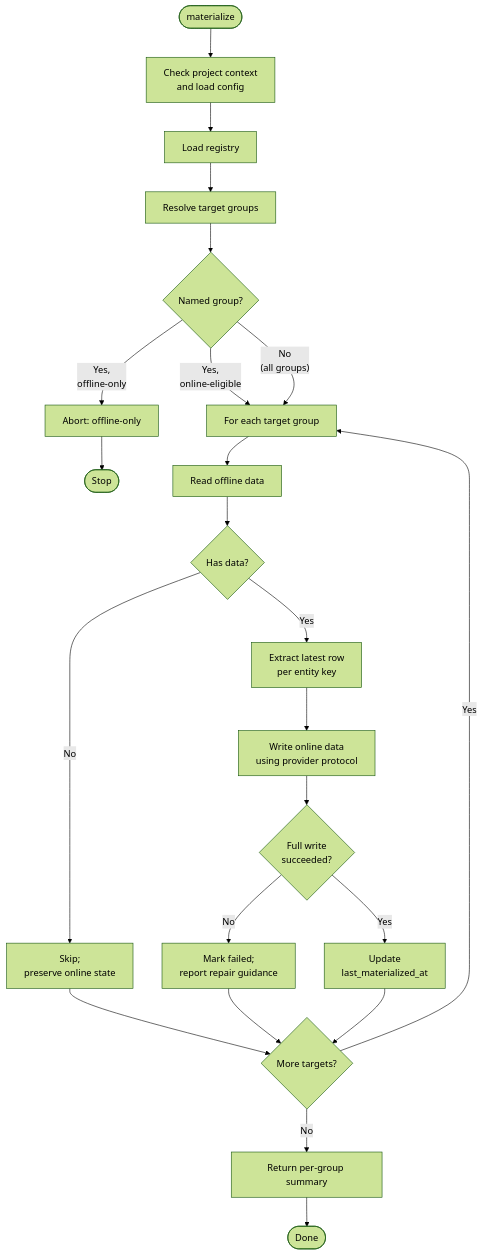
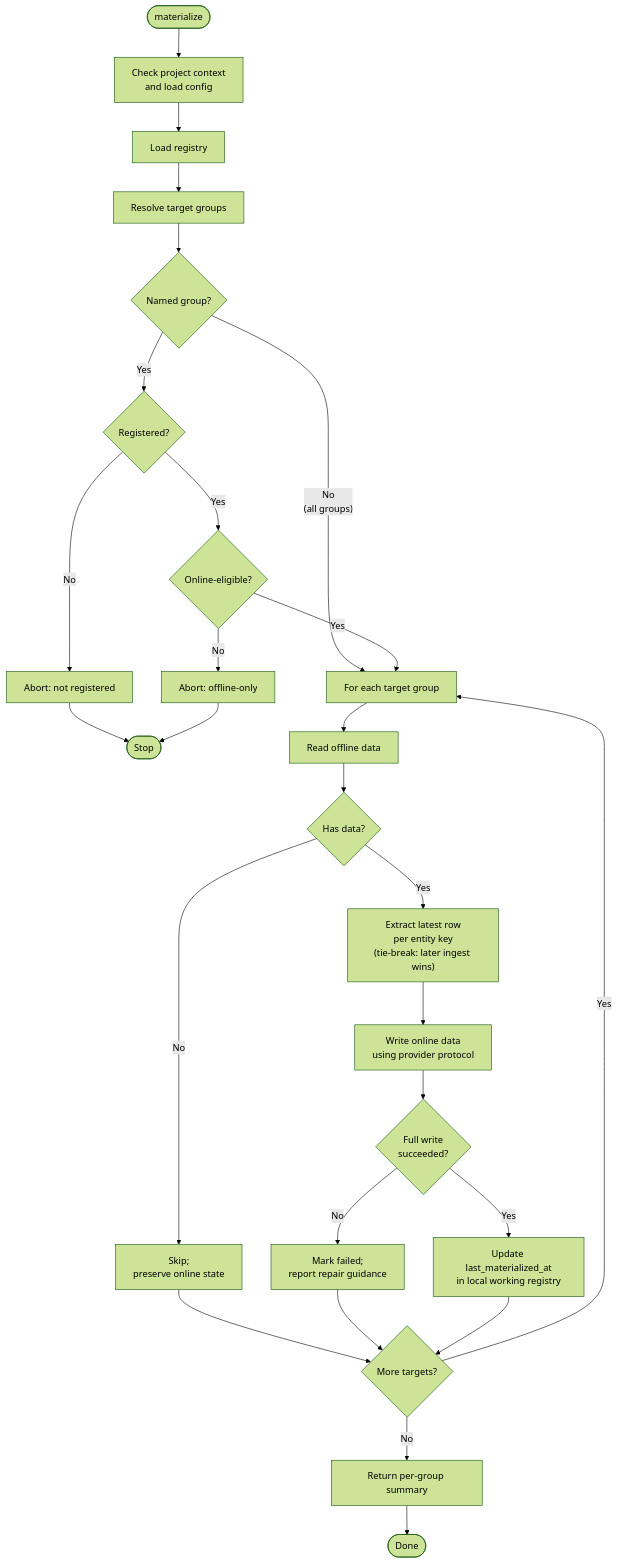
One commit to fedaipaca/kitefs changed the ninth of 10 diagrams in docs/03-system-behavior.md. Above: the diagram before and after it, drawn with Mermaid (forest theme). The commit also changed other lines of this file and 3 other files, not shown here.

````diff
--- a/docs/03-system-behavior.md
+++ b/docs/03-system-behavior.md
@@ -455,25 +469,29 @@
 ```mermaid
 flowchart TD
     START(["materialize"]) --> CTX["Check project context<br>and load config"]
     CTX --> REG["Load registry"]
     REG --> RESOLVE["Resolve target groups"]
     RESOLVE --> NAMED{"Named group?"}
-    NAMED -- Yes,<br>offline-only --> REJECT["Abort: offline-only"]
-    REJECT --> END_FAIL(["Stop"])
-    NAMED -- Yes,<br>online-eligible --> LOOP
     NAMED -- No<br>(all groups) --> LOOP["For each target group"]
+    NAMED -- Yes --> EXISTS{"Registered?"}
+    EXISTS -- No --> NOT_FOUND["Abort: not registered"]
+    NOT_FOUND --> END_FAIL(["Stop"])
+    EXISTS -- Yes --> ELIGIBLE{"Online-eligible?"}
+    ELIGIBLE -- No --> REJECT["Abort: offline-only"]
+    REJECT --> END_FAIL
+    ELIGIBLE -- Yes --> LOOP
     LOOP --> READ["Read offline data"]
     READ --> HAS{"Has data?"}
     HAS -- No --> SKIP["Skip;<br>preserve online state"]
-    SKIP --> NEXT
-    HAS -- Yes --> LATEST["Extract latest row<br>per entity key"]
+    SKIP --> NEXT{"More targets?"}
+    HAS -- Yes --> LATEST["Extract latest row<br>per entity key<br>(tie-break: later ingest wins)"]
     LATEST --> WRITE["Write online data<br>using provider protocol"]
     WRITE --> WRITE_OK{"Full write<br>succeeded?"}
     WRITE_OK -- No --> FAIL_GROUP["Mark failed;<br>report repair guidance"]
     FAIL_GROUP --> NEXT
-    WRITE_OK -- Yes --> META["Update<br>last_materialized_at"]
-    META --> NEXT{"More targets?"}
+    WRITE_OK -- Yes --> META["Update last_materialized_at<br>in local working registry"]
+    META --> NEXT
     NEXT -- Yes --> LOOP
     NEXT -- No --> SUMMARY["Return per-group summary"]
     SUMMARY --> END_OK(["Done"])
 ```
````
